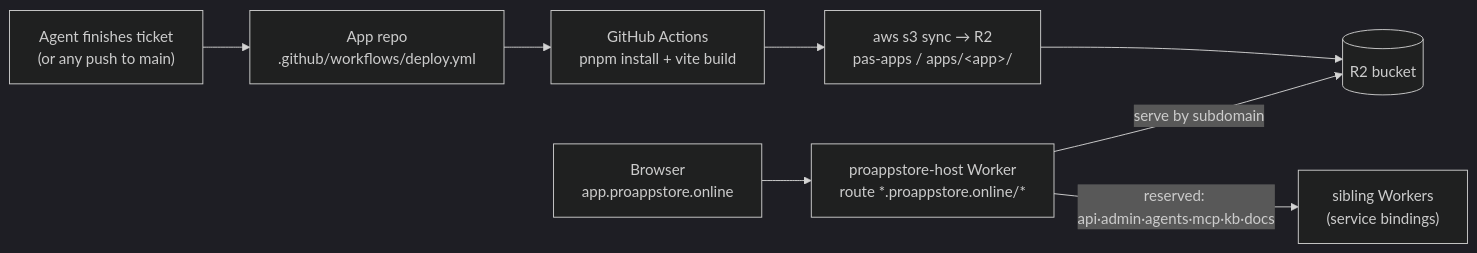
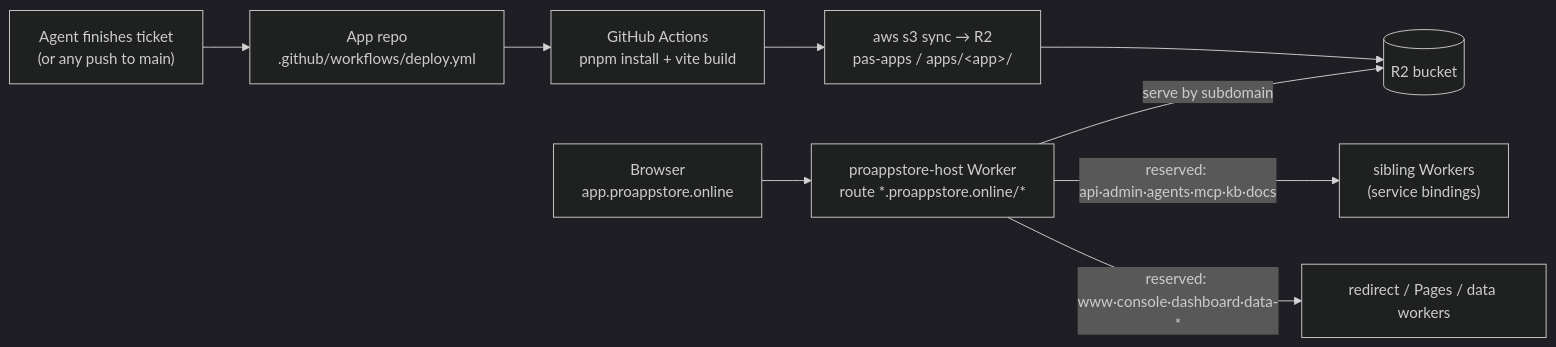
One commit to proappstore-online/platform changed the diagram in docs/build-and-deploy.md. Above: the diagram before and after it, drawn with Mermaid (dark theme). The commit also changed other lines of this file and 8 other files, not shown here.

Commit message:
Align MCP app action architecture

````diff
--- a/docs/build-and-deploy.md
+++ b/docs/build-and-deploy.md
@@ -24,10 +27,11 @@
 ```mermaid
 flowchart LR
     Agent["Agent finishes ticket<br/>(or any push to main)"] --> Repo["App repo<br/>.github/workflows/deploy.yml"]
     Repo --> CI["GitHub Actions<br/>pnpm install + vite build"]
     CI --> Sync["aws s3 sync → R2<br/>pas-apps / apps/&lt;app&gt;/"]
     Sync --> R2[("R2 bucket")]
     Browser["Browser<br/>app.proappstore.online"] --> Host["proappstore-host Worker<br/>route *.proappstore.online/*"]
     Host -->|serve by subdomain| R2
     Host -->|reserved: api·admin·agents·mcp·kb·docs| Siblings["sibling Workers<br/>(service bindings)"]
+    Host -->|reserved: www·console·dashboard·data-*| Reserved["redirect / Pages / data workers"]
 ```
````
